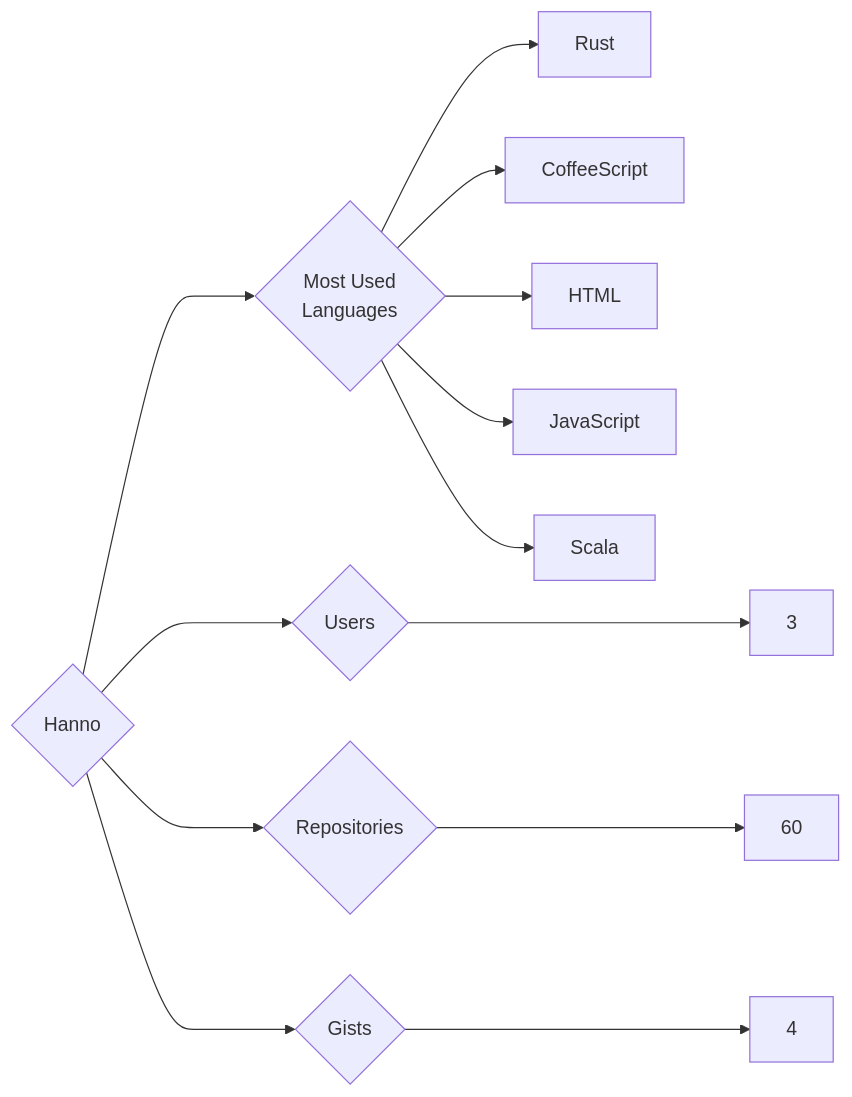
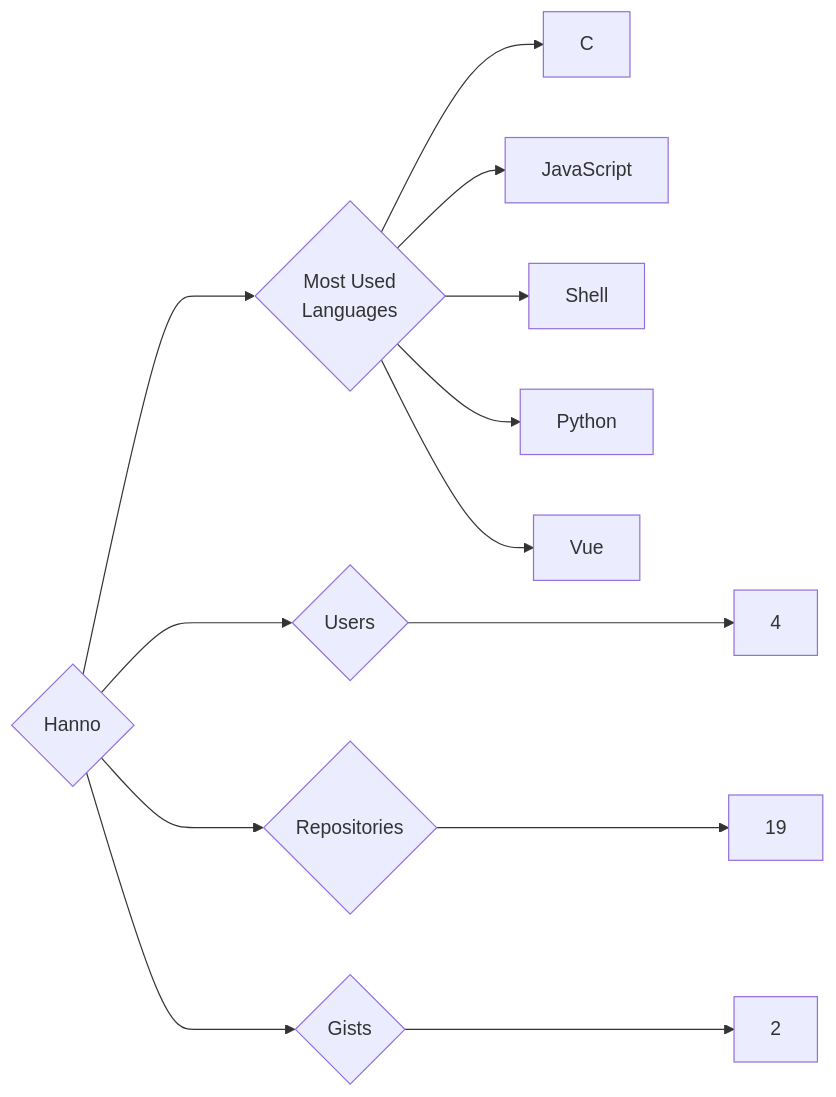
Before and after one commit to trickest/insiders: the diagram in targets/Hanno/README.md, drawn with Mermaid. The commit also changed 720 other files, not shown here.

````diff
--- a/targets/Hanno/README.md
+++ b/targets/Hanno/README.md
@@ -3,13 +3,13 @@
 ```mermaid
 graph LR
 COMPANY_NAME{Hanno}
-COMPANY_NAME ---> U{Users} ---> UN[3]
-COMPANY_NAME ---> R{Repositories} ---> RN[60]
-COMPANY_NAME ---> G{Gists} ---> GN[4]
+COMPANY_NAME ---> U{Users} ---> UN[4]
+COMPANY_NAME ---> R{Repositories} ---> RN[19]
+COMPANY_NAME ---> G{Gists} ---> GN[2]
 COMPANY_NAME ---> ML{Most Used<br>Languages}
-ML --> Rust[Rust]
-ML --> CoffeeScript[CoffeeScript]
-ML --> HTML[HTML]
+ML --> C[C]
 ML --> JavaScript[JavaScript]
-ML --> Scala[Scala]
+ML --> Shell[Shell]
+ML --> Python[Python]
+ML --> Vue[Vue]
 ```
````
